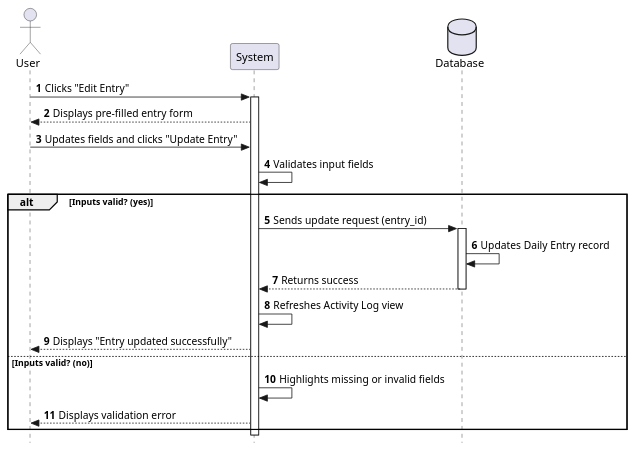
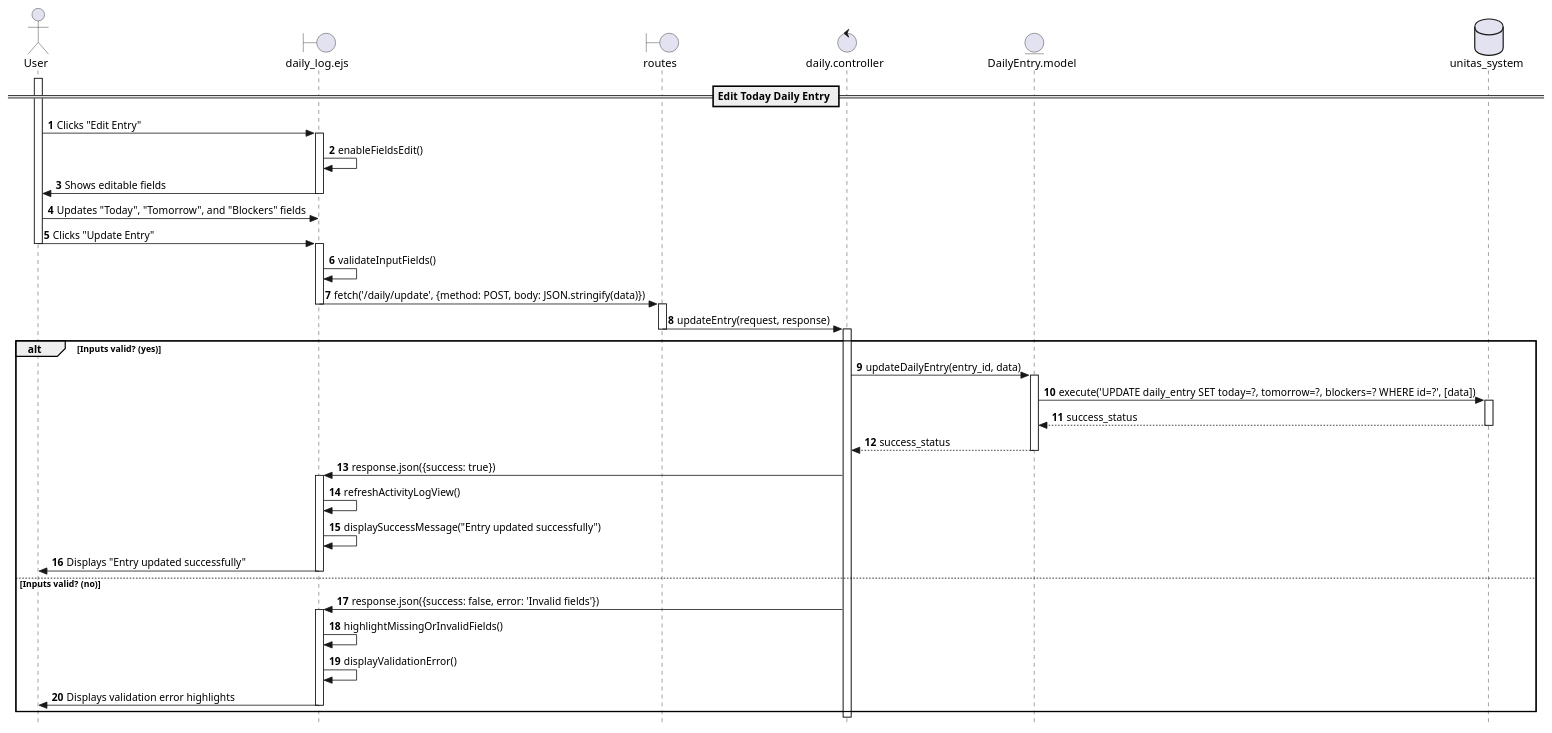
One commit to Berthou05/LimboSoftwareDevelopment_Change.org changed the diagram in documentation/sequence_diagrams/AL-02-SD.puml. Above: the diagram before and after it, drawn with PlantUML. The commit also changed 19 other files, not shown here.

Commit message:
[CHORE] moved activity diagrams to sequence_diagrams folder

```diff
--- a/documentation/sequence_diagrams/AL-02-SD.puml
+++ b/documentation/sequence_diagrams/AL-02-SD.puml
@@ -1,32 +1,64 @@
 @startuml
+skinparam style strictuml
+
+actor User as U
+boundary "daily_log.ejs" as V
+boundary "routes" as RO
+control "daily.controller" as C
+entity "DailyEntry.model" as M
+database "unitas_system" as BD
+
 autonumber
-skinparam Style strictuml
 
-actor User
-participant "System" as Sys
-database "Database" as DB
+== Edit Today Daily Entry ==
 
-User -> Sys: Clicks "Edit Entry"
-activate Sys
+activate U
+U -> V: Clicks "Edit Entry"
+activate V
+V -> V: enableFieldsEdit()
+V -> U: Shows editable fields
+deactivate V
 
-Sys --> User: Displays pre-filled entry form
+U -> V: Updates "Today", "Tomorrow", and "Blockers" fields
+U -> V: Clicks "Update Entry"
+deactivate U
 
-User -> Sys: Updates fields and clicks "Update Entry"
-Sys -> Sys: Validates input fields
+activate V
+V -> V: validateInputFields()
+V -> RO: fetch('/daily/update', {method: POST, body: JSON.stringify(data)})
+deactivate V
 
+activate RO
+RO -> C: updateEntry(request, response)
+deactivate RO
+
+activate C
 alt Inputs valid? (yes)
-    Sys -> DB: Sends update request (entry_id)
-    activate DB
-    DB -> DB: Updates Daily Entry record
-    DB --> Sys: Returns success
-    deactivate DB
+    C -> M: updateDailyEntry(entry_id, data)
+    activate M
+    M -> BD: execute('UPDATE daily_entry SET today=?, tomorrow=?, blockers=? WHERE id=?', [data])
+    activate BD
+    BD --> M: success_status
+    deactivate BD
+    M --> C: success_status
+    deactivate M
     
-    Sys -> Sys: Refreshes Activity Log view
-    Sys --> User: Displays "Entry updated successfully"
+    C -> V: response.json({success: true})
+    activate V
+    V -> V: refreshActivityLogView()
+    V -> V: displaySuccessMessage("Entry updated successfully")
+    V -> U: Displays "Entry updated successfully"
+    deactivate V
+
 else Inputs valid? (no)
-    Sys -> Sys: Highlights missing or invalid fields
-    Sys --> User: Displays validation error
+    C -> V: response.json({success: false, error: 'Invalid fields'})
+    activate V
+    V -> V: highlightMissingOrInvalidFields()
+    V -> V: displayValidationError()
+    V -> U: Displays validation error highlights
+    deactivate V
 end
 
-deactivate Sys
+deactivate C
+
 @enduml
```
